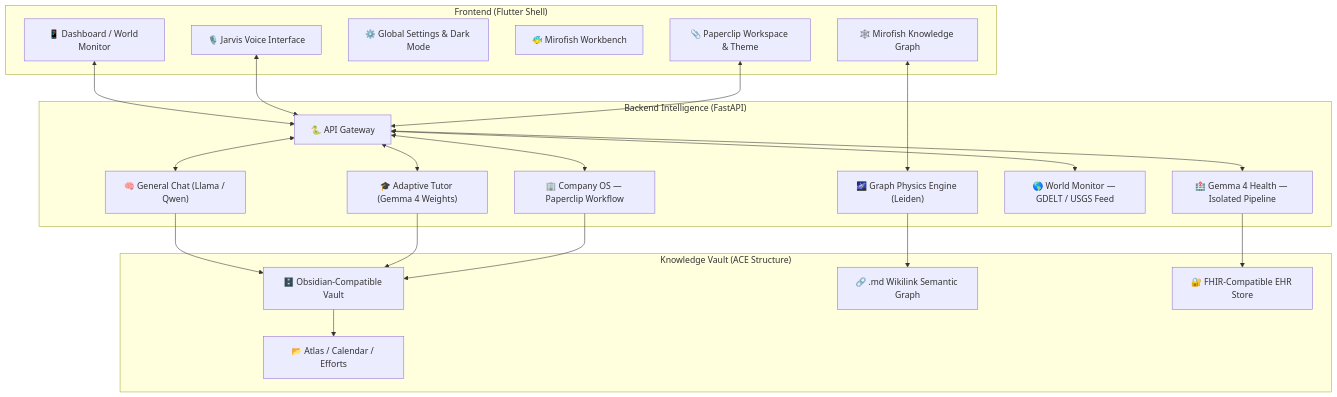
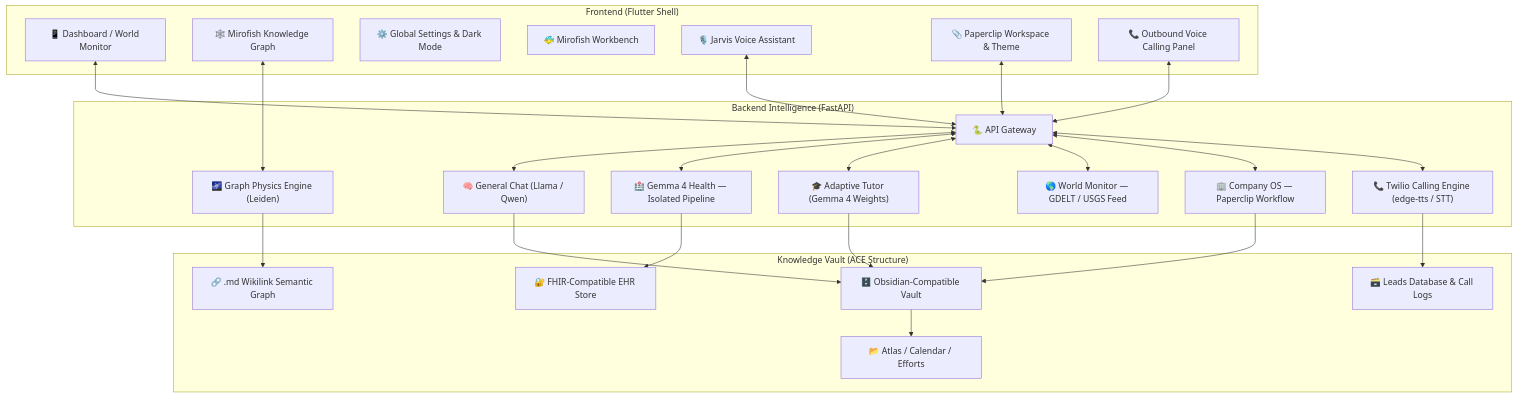
Before and after one commit to ankit-sengupta05/CyborgAI: the diagram in README.md, drawn with Mermaid. The commit also changed other lines of this file, not shown here.

Commit message:
docs: Detail local voice assistants, Twilio lead calling, Mirofish community graph, and offline pain points in README

````diff
--- a/README.md
+++ b/README.md
@@ -98,44 +99,50 @@
 ```mermaid
 graph TD
     subgraph "Frontend (Flutter Shell)"
         UI["📱 Dashboard / World Monitor"]
         KG["🕸️ Mirofish Knowledge Graph"]
         GS["⚙️ Global Settings & Dark Mode"]
         MF["🐠 Mirofish Workbench"]
-        VX["🎙️ Jarvis Voice Interface"]
+        VX["🎙️ Jarvis Voice Assistant"]
         PC["📎 Paperclip Workspace & Theme"]
+        VAG["📞 Outbound Voice Calling Panel"]
     end
 
     subgraph "Backend Intelligence (FastAPI)"
         API["🐍 API Gateway"]
         LLM["🧠 General Chat (Llama / Qwen)"]
         MED["🏥 Gemma 4 Health — Isolated Pipeline"]
         EDU["🎓 Adaptive Tutor (Gemma 4 Weights)"]
         KGE["🌌 Graph Physics Engine (Leiden)"]
         WM["🌎 World Monitor — GDELT / USGS Feed"]
         COMP["🏢 Company OS — Paperclip Workflow"]
+        TWIL["📞 Twilio Calling Engine (edge-tts / STT)"]
     end
 
     subgraph "Knowledge Vault (ACE Structure)"
         VAULT["🗄️ Obsidian-Compatible Vault"]
         GRAPH["🔗 .md Wikilink Semantic Graph"]
         ACE["📂 Atlas / Calendar / Efforts"]
         FHIR["🔐 FHIR-Compatible EHR Store"]
+        LEADS["🗃️ Leads Database & Call Logs"]
     end
 
     UI <--> API
     VX <--> API
     KG <--> KGE
     PC <--> API
+    VAG <--> API
     API <--> LLM
     API <--> MED
     API <--> EDU
     API <--> WM
     API <--> COMP
+    API <--> TWIL
     LLM --> VAULT
     KGE --> GRAPH
     MED --> FHIR
     EDU --> VAULT
     COMP --> VAULT
+    TWIL --> LEADS
     VAULT --> ACE
 ```
````
